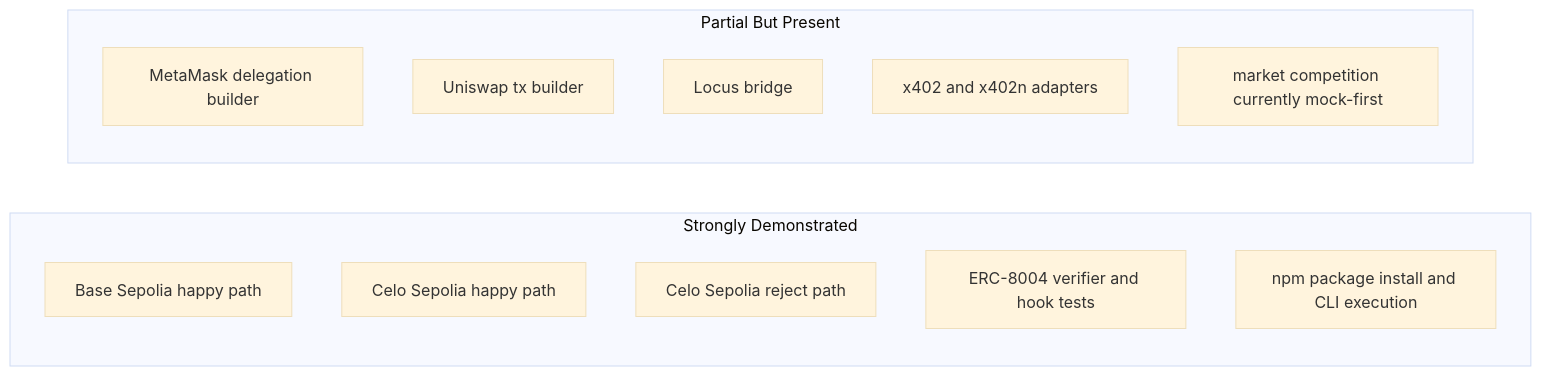
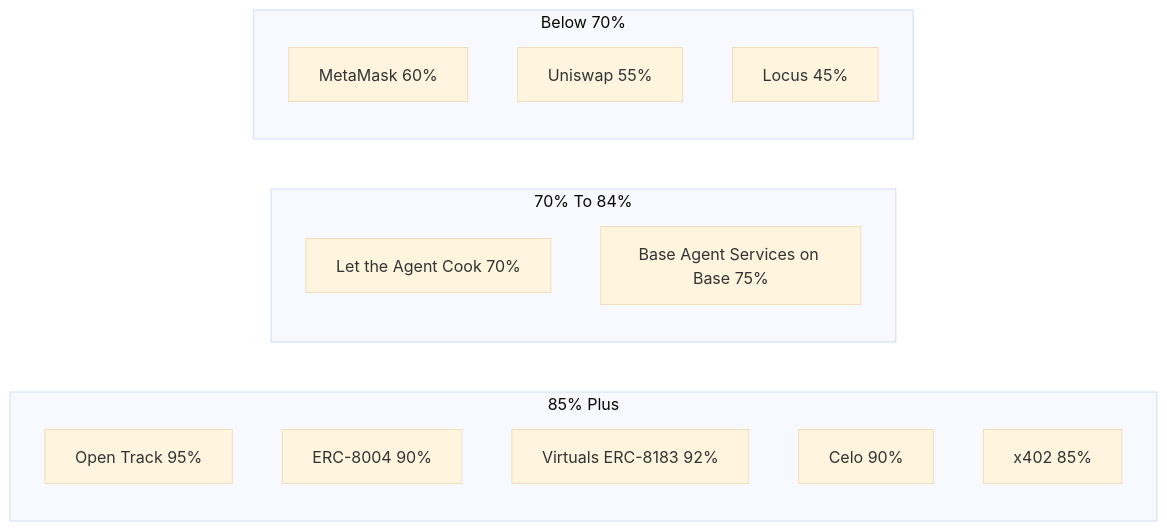
The fourth of 5 diagrams in docs/submission/06_VISUAL_ARCHITECTURE.md (Kairen-Protocol/kairen-dealrail), drawn with Mermaid (base theme) before and after one commit. The commit also changed other lines of this file and 28 other files, not shown here.

First line of the commit message:
docs: update AGENT.md, README.md, and STATUS.md for clarity and new roadmap

````diff
--- a/docs/submission/06_VISUAL_ARCHITECTURE.md
+++ b/docs/submission/06_VISUAL_ARCHITECTURE.md
@@ -132,18 +117,21 @@
 ```mermaid
 flowchart LR
-  subgraph Strongly Demonstrated
-    S1[Base Sepolia happy path]
-    S2[Celo Sepolia happy path]
-    S3[Celo Sepolia reject path]
-    S4[ERC-8004 verifier and hook tests]
-    S5[npm package install and CLI execution]
+  subgraph 85% Plus
+    S1[Open Track 95%]
+    S2[ERC-8004 90%]
+    S3[Virtuals ERC-8183 92%]
+    S4[Celo 90%]
+    S5[x402 85%]
   end
 
-  subgraph Partial But Present
-    P1[MetaMask delegation builder]
-    P2[Uniswap tx builder]
-    P3[Locus bridge]
-    P4[x402 and x402n adapters]
-    P5[market competition currently mock-first]
+  subgraph 70% To 84%
+    M1[Let the Agent Cook 70%]
+    M2[Base Agent Services on Base 75%]
+  end
+
+  subgraph Below 70%
+    P1[MetaMask 60%]
+    P2[Uniswap 55%]
+    P3[Locus 45%]
   end
 ```
````
